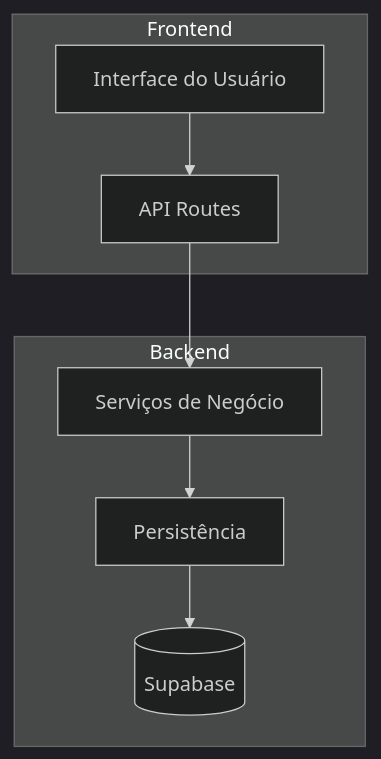
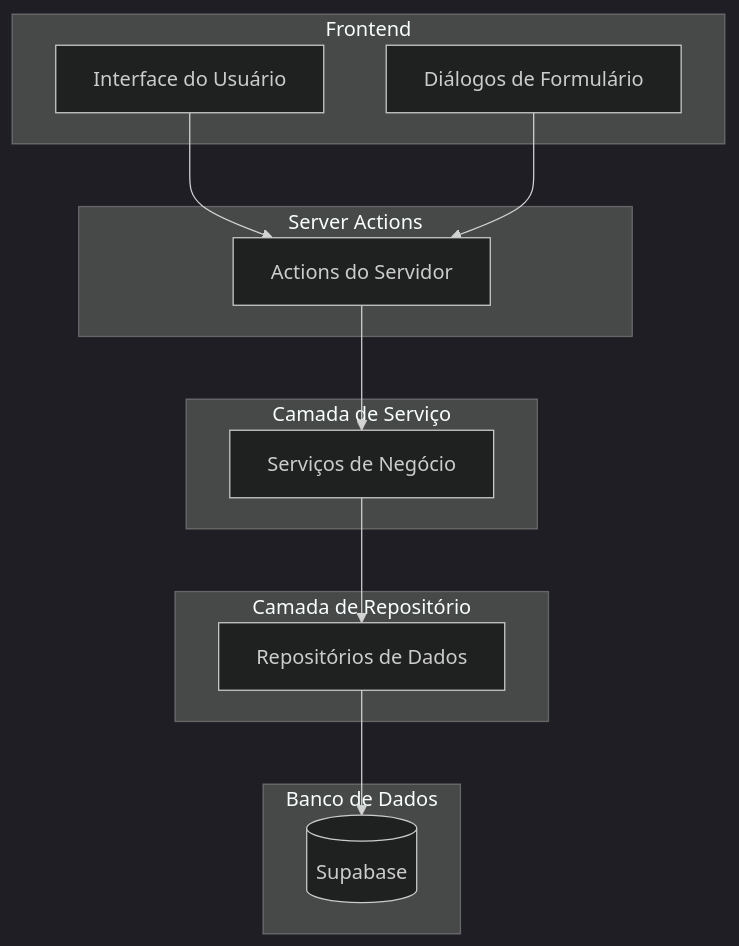
One commit to SinesysTech/zattar-os changed the first of 6 diagrams in .qoder/repowiki/pt/content/Módulos de Funcionalidade/Assistentes.md. Above: the diagram before and after it, drawn with Mermaid (dark theme). The commit also changed other lines of this file and 14 other files, not shown here.

First line of the commit message:
feat(assistentes): atualizar arquitetura para server actions e padrão repository

````diff
--- a/.qoder/repowiki/pt/content/Módulos de Funcionalidade/Assistentes.md
+++ b/.qoder/repowiki/pt/content/Módulos de Funcionalidade/Assistentes.md
@@ -31,16 +30,24 @@
 ```mermaid
 graph TB
 subgraph "Frontend"
-API[API Routes]
 UI[Interface do Usuário]
+Dialogs[Diálogos de Formulário]
 end
-subgraph "Backend"
+subgraph "Server Actions"
+Actions[Actions do Servidor]
+end
+subgraph "Camada de Serviço"
 Service[Serviços de Negócio]
-Persistence[Persistência]
+end
+subgraph "Camada de Repositório"
+Repository[Repositórios de Dados]
+end
+subgraph "Banco de Dados"
 Database[(Supabase)]
 end
-API --> Service
-Service --> Persistence
-Persistence --> Database
-UI --> API
+UI --> Actions
+Actions --> Service
+Service --> Repository
+Repository --> Database
+Dialogs --> Actions
 ```
````
